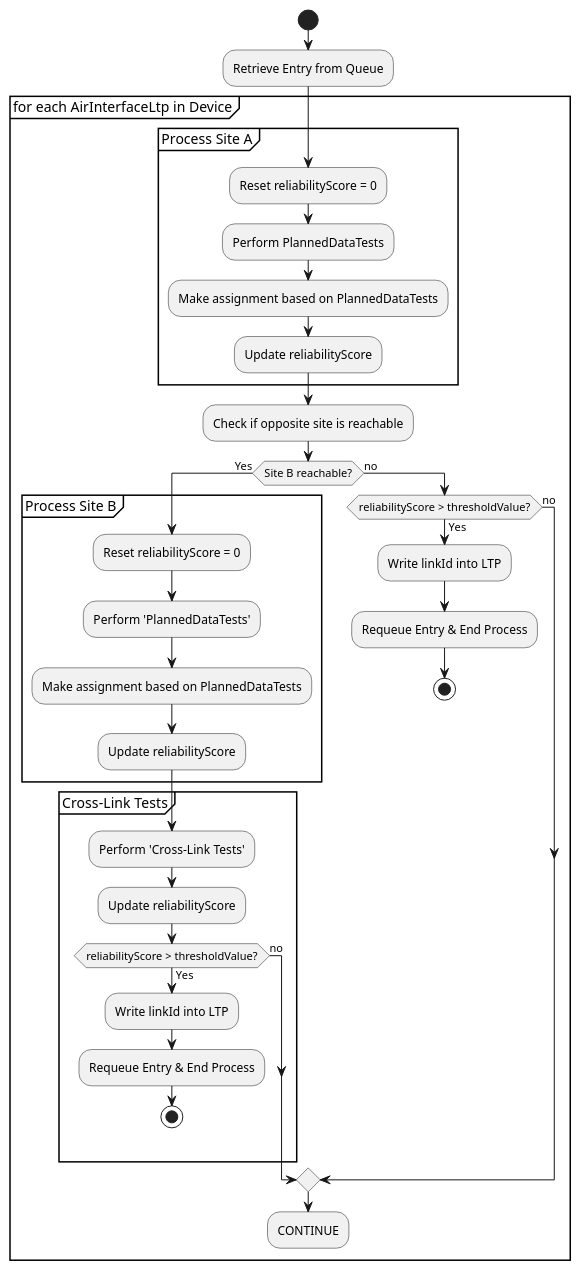
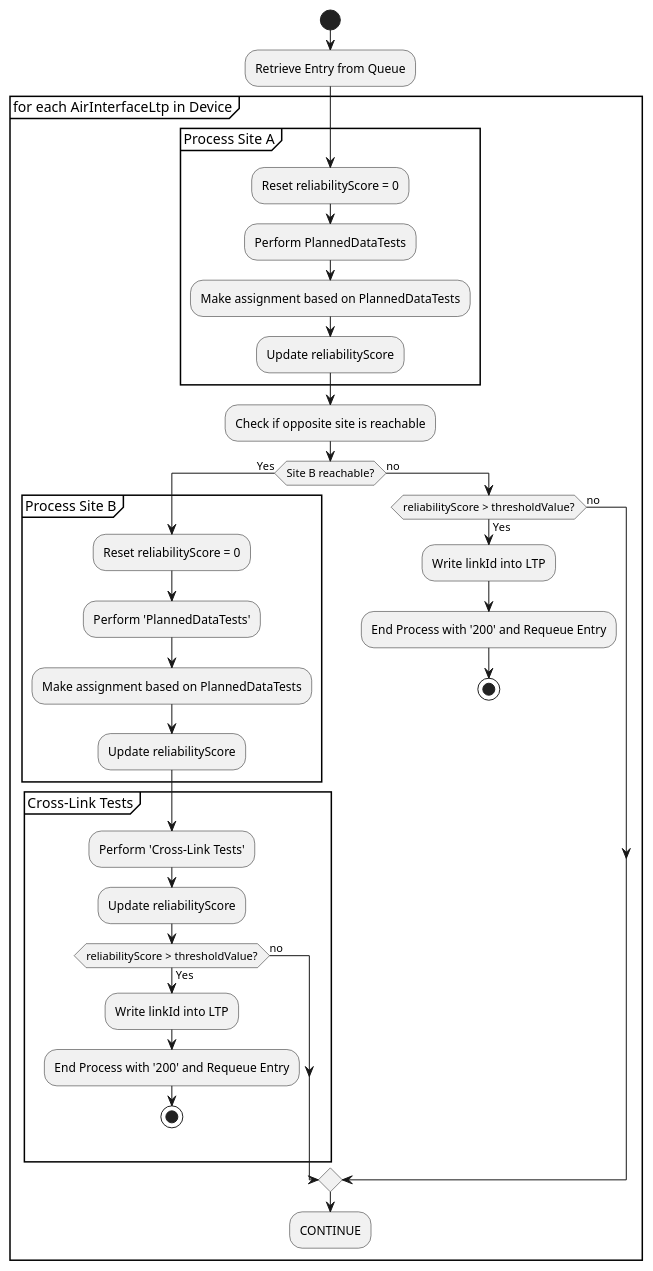
One commit to openBackhaul/LinkIdIntoLtpWriter changed the diagram in spec/Diagrams/HQ_flow.plantuml. Above: the diagram before and after it, drawn with PlantUML.

Commit message:
Update HQ flow chat

```diff
--- a/spec/Diagrams/HQ_flow.plantuml
+++ b/spec/Diagrams/HQ_flow.plantuml
@@ -1,51 +1,51 @@
 @startuml
 start
 
 :Retrieve Entry from Queue;
 
 group for each AirInterfaceLtp in Device
   
     group Process Site A
         :Reset reliabilityScore = 0;
         :Perform PlannedDataTests;
         :Make assignment based on PlannedDataTests;
         :Update reliabilityScore;
     end group
 
     :Check if opposite site is reachable;
 
     if (Site B reachable?) then (Yes)
         group Process Site B
             :Reset reliabilityScore = 0;
             :Perform 'PlannedDataTests';
             :Make assignment based on PlannedDataTests;
             :Update reliabilityScore;
         end group
 
 
     group Cross-Link Tests
         :Perform 'Cross-Link Tests';
         :Update reliabilityScore; 
         if (reliabilityScore > thresholdValue?) then (Yes)
             :Write linkId into LTP;
-            :Requeue Entry & End Process;
+            :End Process with '200' and Requeue Entry;
             stop
         else (no)
         endif
 
     end group
 
     else (no)
         if (reliabilityScore > thresholdValue?) then (Yes)
             :Write linkId into LTP;
-            :Requeue Entry & End Process;
+            :End Process with '200' and Requeue Entry;
             stop
         else (no)
         endif
     endif
 
     :CONTINUE;
 
 end group
 
 @enduml
```
